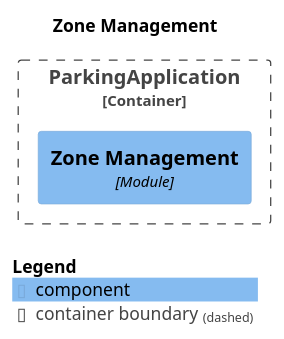
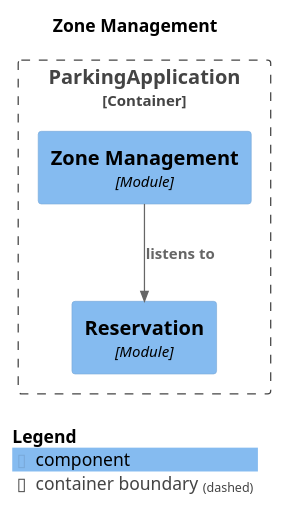
The diagram in target/spring-modulith-docs/module-zonemgmt.puml (VladTZY/Erasmus-CarParking), drawn with PlantUML before and after one commit. The commit also changed 45 other files, not shown here.

```diff
--- a/target/spring-modulith-docs/module-zonemgmt.puml
+++ b/target/spring-modulith-docs/module-zonemgmt.puml
@@ -1,17 +1,19 @@
 @startuml
 set separator none
 title Zone Management
 
 top to bottom direction
 
 !include <C4/C4>
 !include <C4/C4_Context>
 !include <C4/C4_Component>
 
 Container_Boundary("ParkingApplication.ParkingApplication_boundary", "ParkingApplication", $tags="") {
+  Component(ParkingApplication.ParkingApplication.Reservation, "Reservation", $techn="Module", $descr="", $tags="", $link="")
   Component(ParkingApplication.ParkingApplication.ZoneManagement, "Zone Management", $techn="Module", $descr="", $tags="", $link="")
 }
 
+Rel(ParkingApplication.ParkingApplication.ZoneManagement, ParkingApplication.ParkingApplication.Reservation, "listens to", $techn="", $tags="", $link="")
 
 SHOW_LEGEND(true)
 @enduml
```
